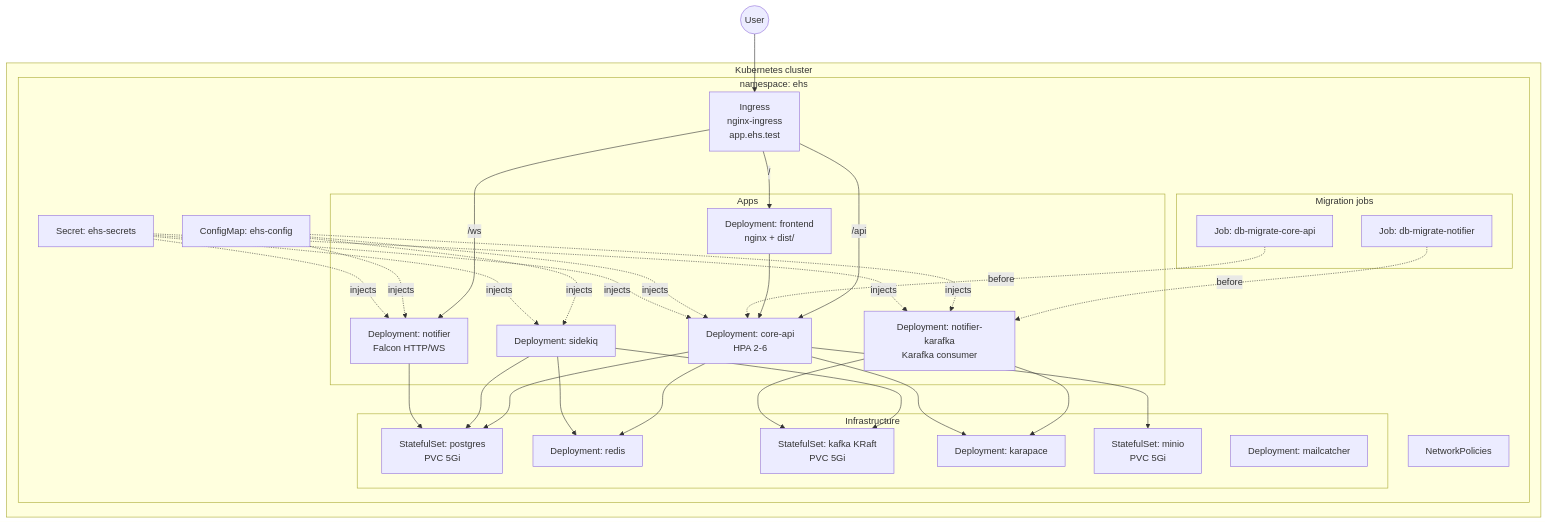
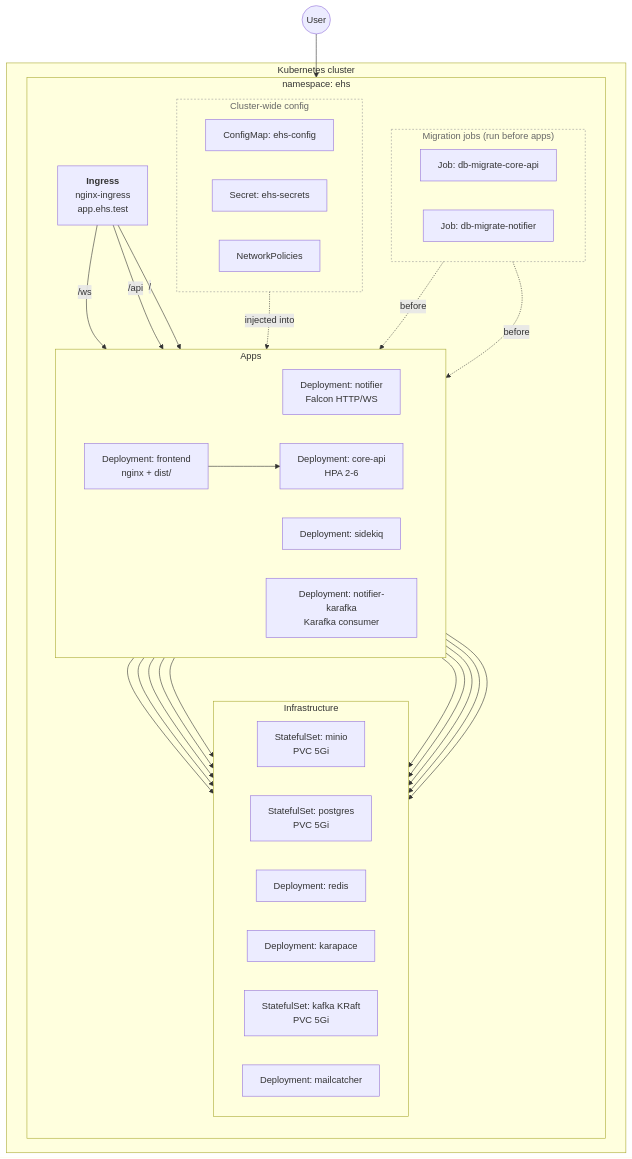
Before and after one commit to ehs-labs/ehs-incident-system: the diagram in docs/architecture/04-deployment.md, drawn with Mermaid. The commit also changed 9 other files, not shown here.

First line of the commit message:
docs(architecture): redraw C4 diagrams as styled flowcharts and add component views

````diff
--- a/docs/architecture/04-deployment.md
+++ b/docs/architecture/04-deployment.md
@@ -3,64 +3,73 @@
 ```mermaid
+%%{init: {'flowchart': {'htmlLabels': true}, 'themeVariables': {'fontSize': '16px'}}}%%
 flowchart TB
+    user((User))
+
     subgraph cluster["Kubernetes cluster"]
         subgraph ns["namespace: ehs"]
-            ing[Ingress<br/>nginx-ingress<br/>app.ehs.test]
+            direction TB
+            ing["<b>Ingress</b><br/>nginx-ingress<br/>app.ehs.test"]
 
-            subgraph apps[Apps]
-                feD[Deployment: frontend<br/>nginx + dist/]
-                caD[Deployment: core-api<br/>HPA 2-6]
-                sqD[Deployment: sidekiq]
-                noD[Deployment: notifier<br/>Falcon HTTP/WS]
-                nkD[Deployment: notifier-karafka<br/>Karafka consumer]
+            subgraph apps["Apps"]
+                direction LR
+                noD["Deployment: notifier<br/>Falcon HTTP/WS"]
+                feD["Deployment: frontend<br/>nginx + dist/"]
+                caD["Deployment: core-api<br/>HPA 2-6"]
+                sqD["Deployment: sidekiq"]
+                nkD["Deployment: notifier-karafka<br/>Karafka consumer"]
             end
 
-            subgraph infra[Infrastructure]
-                pg[StatefulSet: postgres<br/>PVC 5Gi]
-                rd[Deployment: redis]
-                kf[StatefulSet: kafka KRaft<br/>PVC 5Gi]
-                ka[Deployment: karapace]
-                mn[StatefulSet: minio<br/>PVC 5Gi]
-                mc[Deployment: mailcatcher]
+            subgraph infra["Infrastructure"]
+                direction LR
+                mn["StatefulSet: minio<br/>PVC 5Gi"]
+                pg["StatefulSet: postgres<br/>PVC 5Gi"]
+                rd["Deployment: redis"]
+                ka["Deployment: karapace"]
+                kf["StatefulSet: kafka KRaft<br/>PVC 5Gi"]
+                mc["Deployment: mailcatcher"]
             end
 
-            subgraph jobs[Migration jobs]
-                jA[Job: db-migrate-core-api]
-                jN[Job: db-migrate-notifier]
+            subgraph jobs["Migration jobs (run before apps)"]
+                direction LR
+                jA["Job: db-migrate-core-api"]
+                jN["Job: db-migrate-notifier"]
             end
 
-            cm[ConfigMap: ehs-config]
-            sc[Secret: ehs-secrets]
-            np[NetworkPolicies]
+            subgraph clusterCfg["Cluster-wide config"]
+                direction LR
+                cm["ConfigMap: ehs-config"]
+                sc["Secret: ehs-secrets"]
+                np["NetworkPolicies"]
+            end
         end
     end
 
-    user((User)) --> ing
-
-    ing -- "/"     --> feD
-    ing -- "/api"  --> caD
-    ing -- "/ws"   --> noD
+    user --> ing
+    ing -- "/ws"  --> noD
+    ing -- "/api" --> caD
+    ing -- "/"    --> feD
 
     feD --> caD
+
+    caD --> mn
     caD --> pg
     caD --> rd
-    caD --> mn
+    caD --> ka
+
     sqD --> pg
     sqD --> rd
     sqD --> kf
+
+    noD --> pg
+
+    nkD --> ka
     nkD --> kf
-    nkD --> ka
-    noD --> pg
-    caD --> ka
 
     jA -.before.-> caD
     jN -.before.-> nkD
 
-    cm -.injects.-> caD
-    cm -.injects.-> sqD
-    cm -.injects.-> noD
-    cm -.injects.-> nkD
-    sc -.injects.-> caD
-    sc -.injects.-> sqD
-    sc -.injects.-> noD
-    sc -.injects.-> nkD
+    clusterCfg -. "injected into" .-> apps
+
+    style clusterCfg fill:none,stroke:#999,stroke-dasharray:3 3,color:#666
+    style jobs       fill:none,stroke:#999,stroke-dasharray:3 3,color:#666
 ```
````
